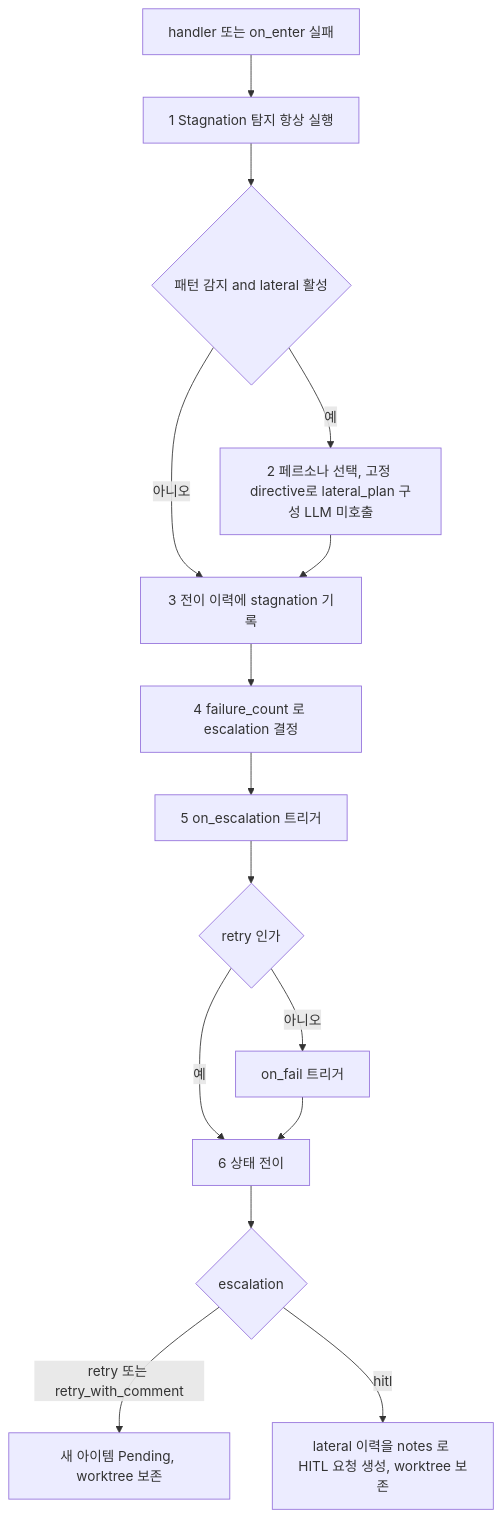
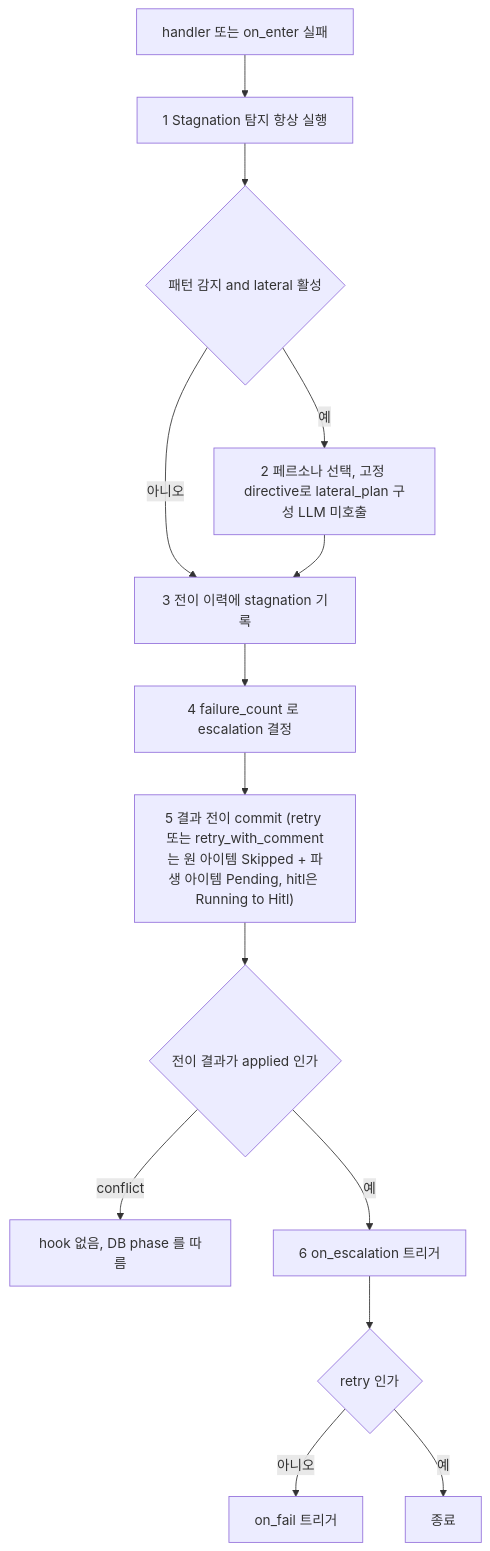
Before and after one commit to kys0213/belt: the third of 7 diagrams in spec/concerns/daemon.md, drawn with Mermaid. The commit also changed other lines of this file and 4 other files, not shown here.

````diff
--- a/spec/concerns/daemon.md
+++ b/spec/concerns/daemon.md
@@ -117,17 +119,16 @@
 ```mermaid
 flowchart TD
     F["handler 또는 on_enter 실패"] --> D["1 Stagnation 탐지 항상 실행"]
     D --> L{"패턴 감지 and lateral 활성"}
     L -- "예" --> LP["2 페르소나 선택, 고정 directive로 lateral_plan 구성 LLM 미호출"]
     L -- "아니오" --> R["3 전이 이력에 stagnation 기록"]
     LP --> R
     R --> C["4 failure_count 로 escalation 결정"]
-    C --> OE["5 on_escalation 트리거"]
+    C --> T["5 결과 전이 commit (retry 또는 retry_with_comment는 원 아이템 Skipped + 파생 아이템 Pending, hitl은 Running to Hitl)"]
+    T --> AP{"전이 결과가 applied 인가"}
+    AP -- "conflict" --> NH["hook 없음, DB phase 를 따름"]
+    AP -- "예" --> OE["6 on_escalation 트리거"]
     OE --> OF{"retry 인가"}
     OF -- "아니오" --> ON["on_fail 트리거"]
-    OF -- "예" --> T
-    ON --> T["6 상태 전이"]
-    T --> TR{"escalation"}
-    TR -- "retry 또는 retry_with_comment" --> N["새 아이템 Pending, worktree 보존"]
-    TR -- "hitl" --> HI["lateral 이력을 notes 로 HITL 요청 생성, worktree 보존"]
+    OF -- "예" --> END["종료"]
 ```
````
